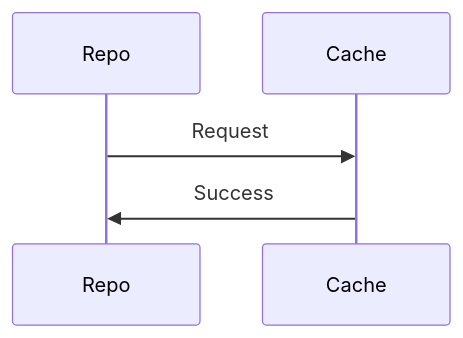
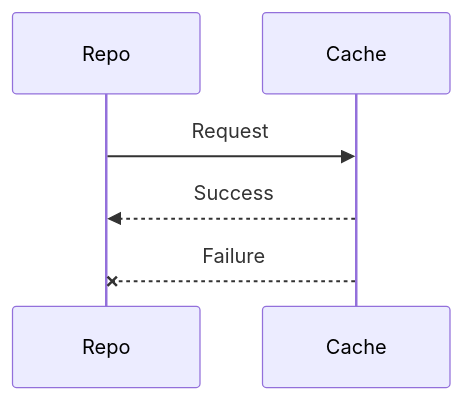
The first of 7 diagrams in _posts/2024-05-22-caching-strategies-in-android.markdown (herrbert74/herrbert74.github.io), drawn with Mermaid before and after one commit. The commit also changed other lines of this file, not shown here.

Commit message:
Update Caching strategies post: Added Cache First - Network Parallel strategy

````diff
--- a/_posts/2024-05-22-caching-strategies-in-android.markdown
+++ b/_posts/2024-05-22-caching-strategies-in-android.markdown
@@ -41,5 +43,6 @@
 ```mermaid
 sequenceDiagram
     Repo->>Cache: Request
-    Cache->>Repo: Success
+    Cache-->>Repo: Success
+    Cache--XRepo: Failure
 ```
````
